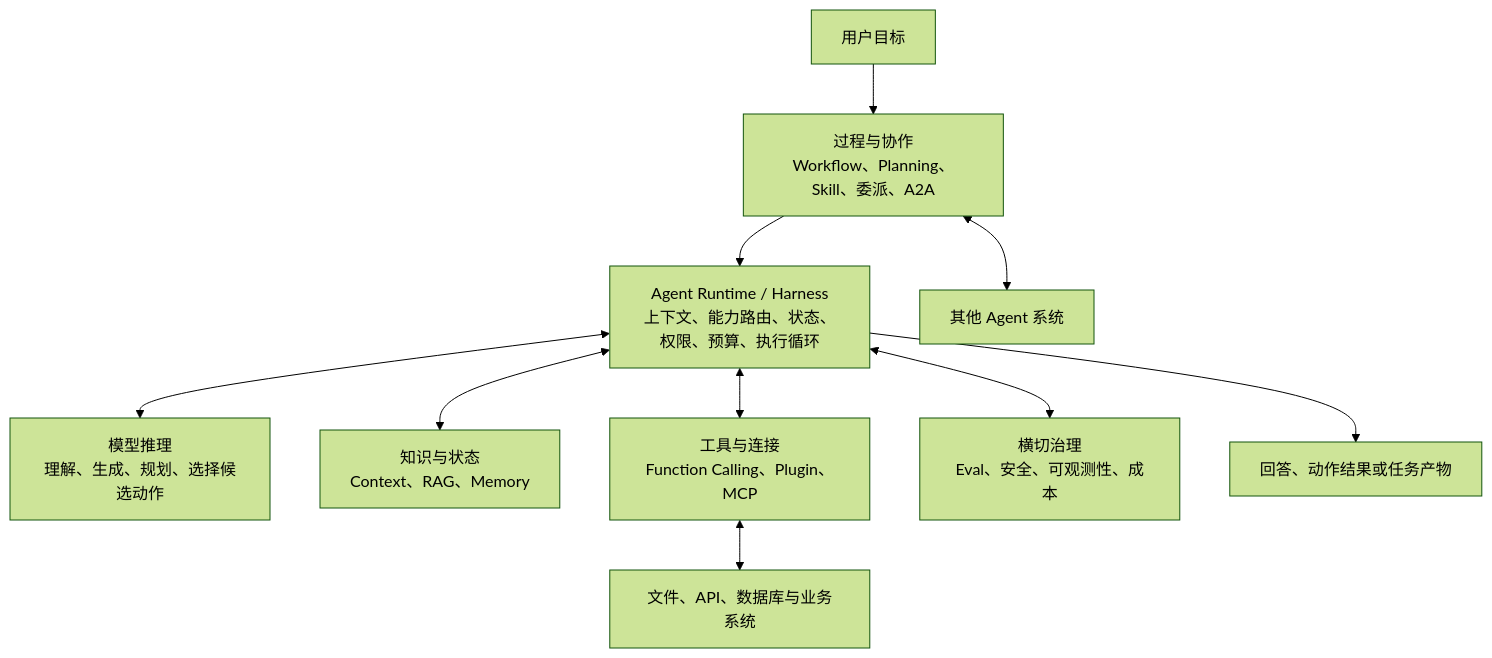
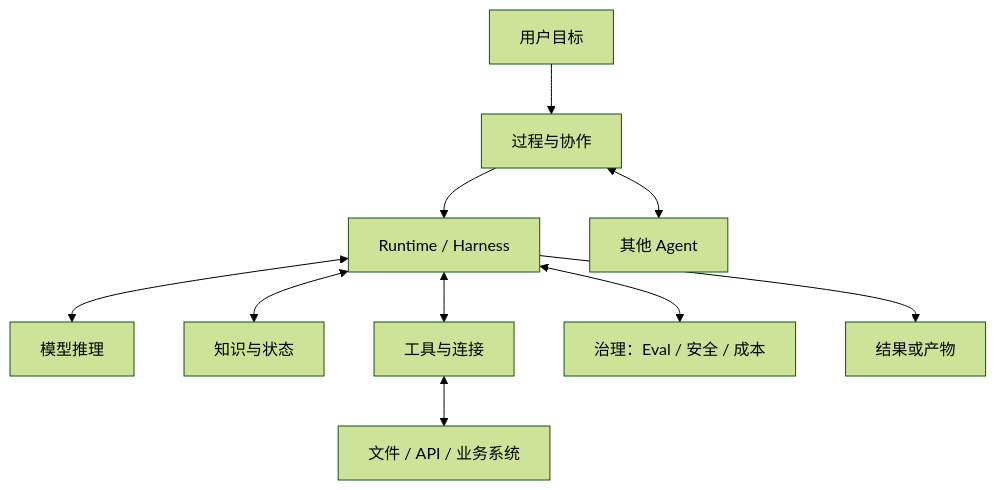
The first of 8 diagrams in docs/01-agent-evolution.md (FoLaJJ/agent-systems-notes), drawn with Mermaid (forest theme) before and after one commit. The commit also changed other lines of this file and 11 other files, not shown here.

Commit message:
Improve Mermaid diagram readability

````diff
--- a/docs/01-agent-evolution.md
+++ b/docs/01-agent-evolution.md
@@ -25,12 +25,12 @@
 ```mermaid
 flowchart TB
-    U["用户目标"] --> P["过程与协作<br/>Workflow、Planning、Skill、委派、A2A"]
-    P --> H["Agent Runtime / Harness<br/>上下文、能力路由、状态、权限、预算、执行循环"]
-    H <--> L["模型推理<br/>理解、生成、规划、选择候选动作"]
-    H <--> K["知识与状态<br/>Context、RAG、Memory"]
-    H <--> T["工具与连接<br/>Function Calling、Plugin、MCP"]
-    T <--> E["文件、API、数据库与业务系统"]
-    P <--> A["其他 Agent 系统"]
-    H <--> Q["横切治理<br/>Eval、安全、可观测性、成本"]
-    H --> O["回答、动作结果或任务产物"]
+    U["用户目标"] --> P["过程与协作"]
+    P --> H["Runtime / Harness"]
+    H <--> L["模型推理"]
+    H <--> K["知识与状态"]
+    H <--> T["工具与连接"]
+    T <--> E["文件 / API / 业务系统"]
+    P <--> A["其他 Agent"]
+    H <--> Q["治理：Eval / 安全 / 成本"]
+    H --> O["结果或产物"]
 ```
````
